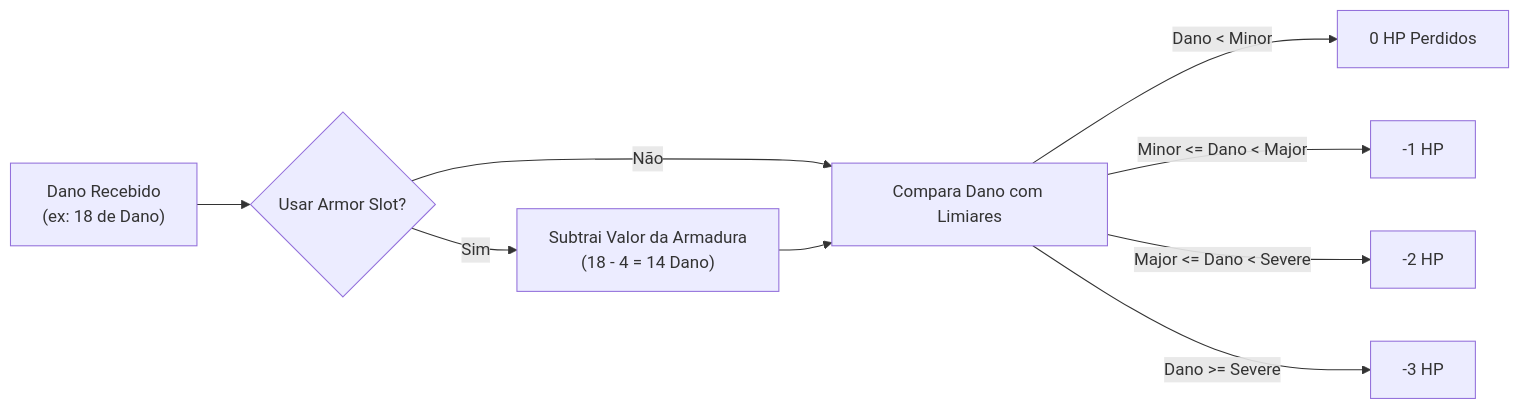
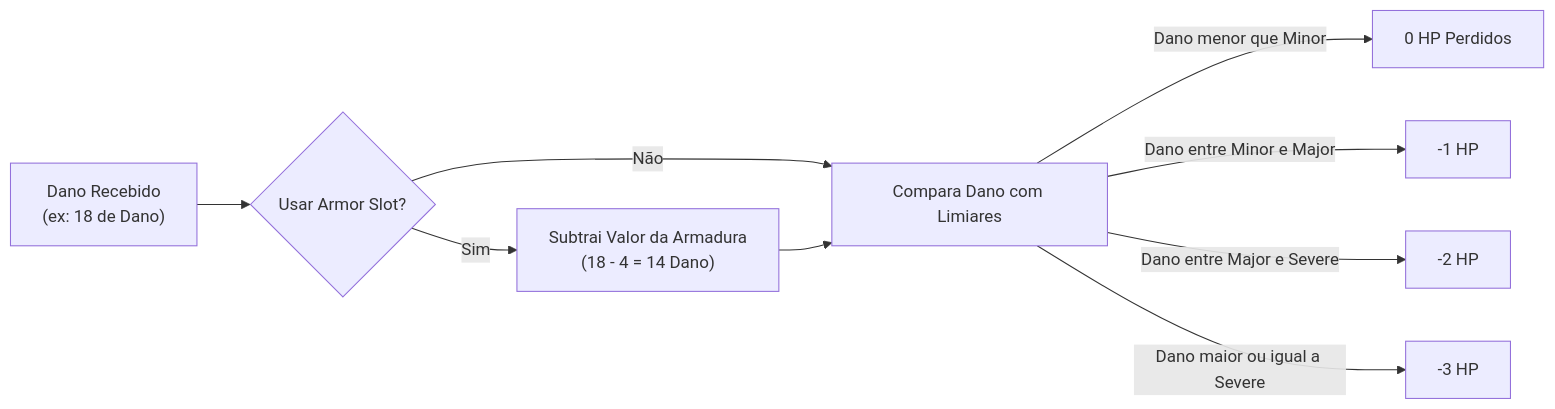
The fifth of 5 diagrams in README.md (JoaoMartins160/Academia-arcana-MCP), drawn with Mermaid before and after one commit. The commit also changed other lines of this file, not shown here.

Commit message:
fix(readme): corrige sintaxe dos rotulos dos diagramas mermaid no readme

````diff
--- a/README.md
+++ b/README.md
@@ -131,11 +131,11 @@
 ```mermaid
 graph LR
     D["Dano Recebido<br/>(ex: 18 de Dano)"] --> ArmorCheck{"Usar Armor Slot?"}
-    ArmorCheck -->|Sim| Reduce["Subtrai Valor da Armadura<br/>(18 - 4 = 14 Dano)"]
-    ArmorCheck -->|Não| Evaluate["Compara Dano com Limiares"]
+    ArmorCheck -->|"Sim"| Reduce["Subtrai Valor da Armadura<br/>(18 - 4 = 14 Dano)"]
+    ArmorCheck -->|"Não"| Evaluate["Compara Dano com Limiares"]
     Reduce --> Evaluate
-    Evaluate -->|Dano < Minor| Low["0 HP Perdidos"]
-    Evaluate -->|Minor <= Dano < Major| Min["-1 HP"]
-    Evaluate -->|Major <= Dano < Severe| Maj["-2 HP"]
-    Evaluate -->|Dano >= Severe| Sev["-3 HP"]
+    Evaluate -->|"Dano menor que Minor"| Low["0 HP Perdidos"]
+    Evaluate -->|"Dano entre Minor e Major"| Min["-1 HP"]
+    Evaluate -->|"Dano entre Major e Severe"| Maj["-2 HP"]
+    Evaluate -->|"Dano maior ou igual a Severe"| Sev["-3 HP"]
 ```
````
